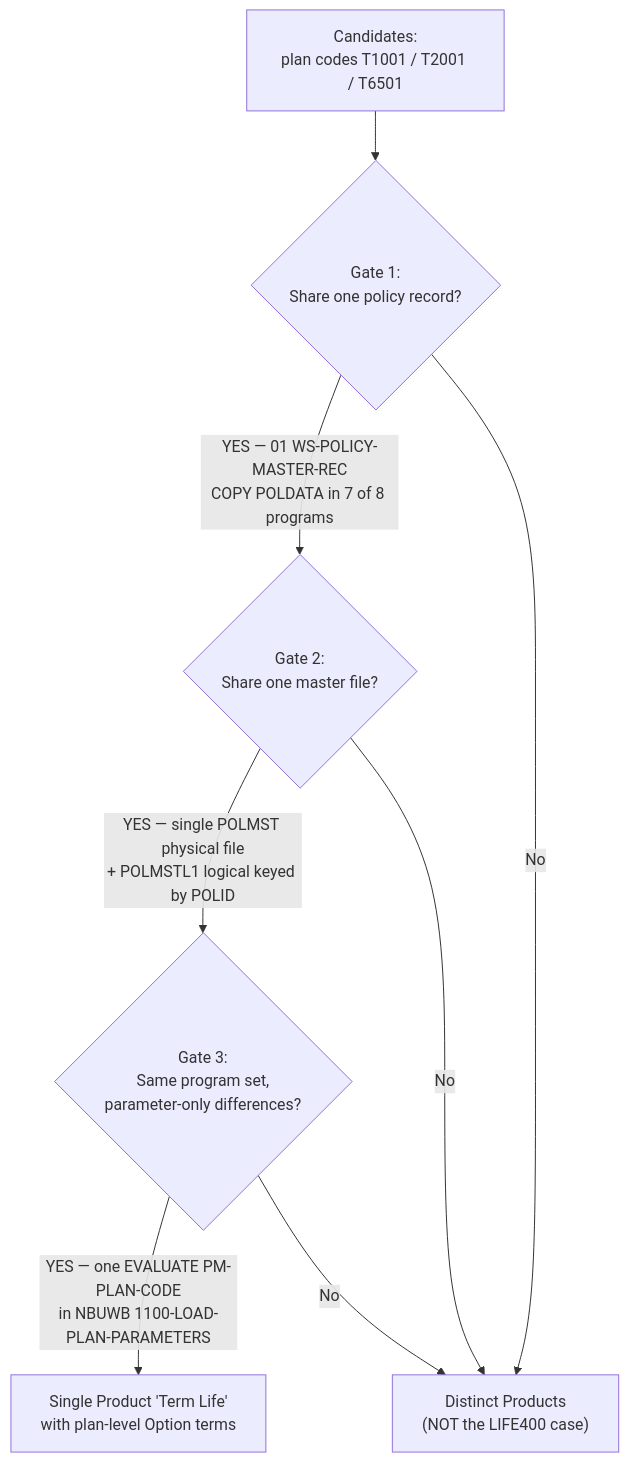
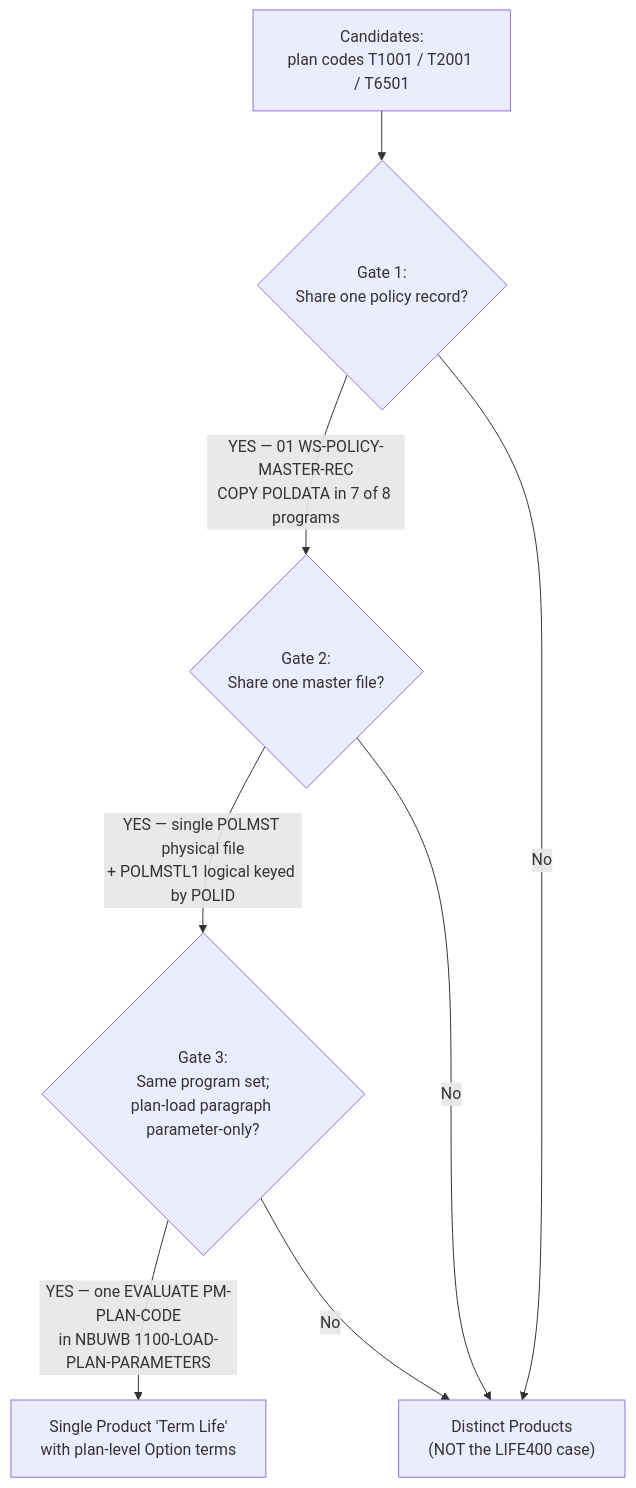
Before and after one commit to blitzy-public-samples/blitzy-LIFE400: the first of 2 diagrams in discovery/product-discovery-summary.md, drawn with Mermaid. The commit also changed other lines of this file and 1 other file, not shown here.

````diff
--- a/discovery/product-discovery-summary.md
+++ b/discovery/product-discovery-summary.md
@@ -51,10 +53,10 @@
 ```mermaid
 flowchart TD
     A["Candidates:<br/>plan codes T1001 / T2001 / T6501"] --> B{"Gate 1:<br/>Share one policy record?"}
     B -->|"YES — 01 WS-POLICY-MASTER-REC<br/>COPY POLDATA in 7 of 8 programs"| C{"Gate 2:<br/>Share one master file?"}
     B -->|No| X["Distinct Products<br/>(NOT the LIFE400 case)"]
-    C -->|"YES — single POLMST physical file<br/>+ POLMSTL1 logical keyed by POLID"| D{"Gate 3:<br/>Same program set,<br/>parameter-only differences?"}
+    C -->|"YES — single POLMST physical file<br/>+ POLMSTL1 logical keyed by POLID"| D{"Gate 3:<br/>Same program set;<br/>plan-load paragraph parameter-only?"}
     C -->|No| X
     D -->|"YES — one EVALUATE PM-PLAN-CODE<br/>in NBUWB 1100-LOAD-PLAN-PARAMETERS"| E["Single Product 'Term Life'<br/>with plan-level Option terms"]
     D -->|No| X
 ```
````
